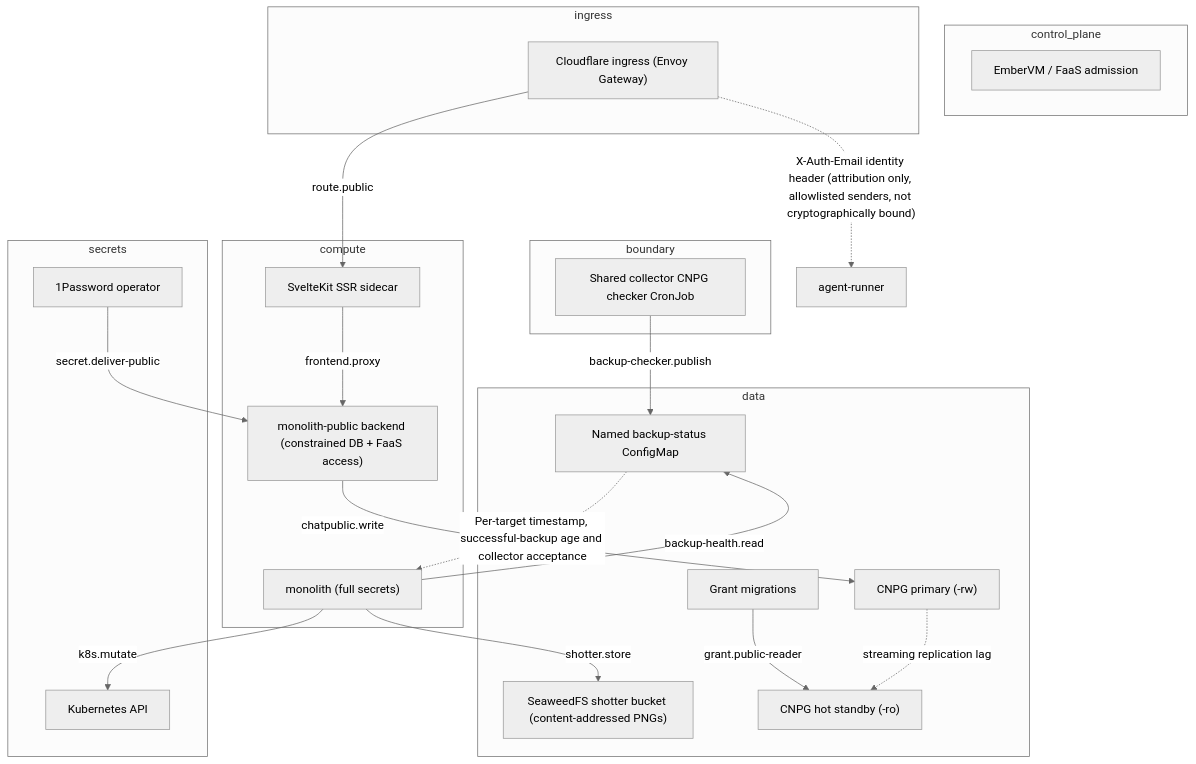
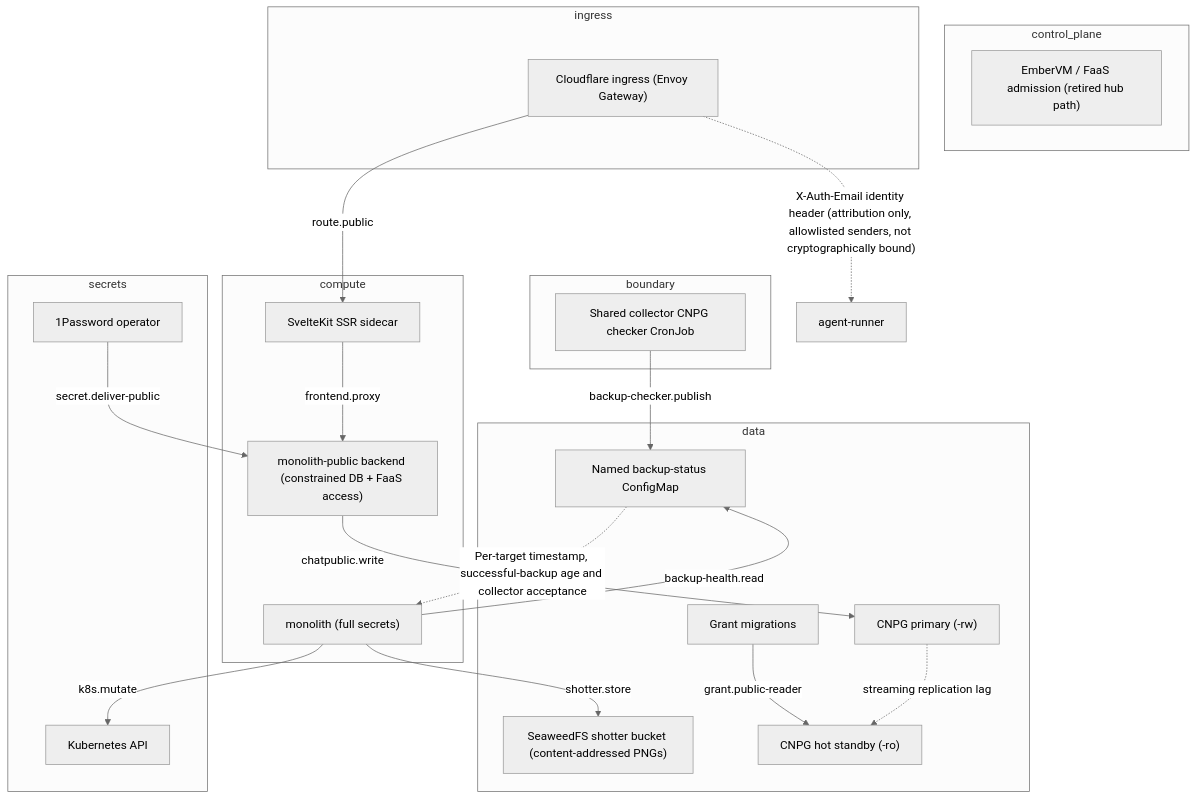
One commit to jomcgi-org/homelab changed the second of 2 diagrams in projects/monolith/STPA.md. Above: the diagram before and after it, drawn with Mermaid (neutral theme). The commit also changed other lines of this file and 5 other files, not shown here.

````diff
--- a/projects/monolith/STPA.md
+++ b/projects/monolith/STPA.md
@@ -170,40 +170,40 @@
 ```mermaid
 flowchart TD
   subgraph boundary["boundary"]
     backup-checker["Shared collector CNPG checker CronJob"]
   end
   subgraph compute["compute"]
     frontend-ssr["SvelteKit SSR sidecar"]
     private-binary["monolith (full secrets)"]
     public-binary["monolith-public backend (constrained DB + FaaS access)"]
   end
   subgraph control_plane["control_plane"]
-    embervm["EmberVM / FaaS admission"]
+    embervm["EmberVM / FaaS admission (retired hub path)"]
   end
   subgraph data["data"]
     backup-status["Named backup-status ConfigMap"]
     migrations["Grant migrations"]
     pg-primary["CNPG primary (-rw)"]
     pg-replica["CNPG hot standby (-ro)"]
     shotter-store["SeaweedFS shotter bucket (content-addressed PNGs)"]
   end
   subgraph ingress["ingress"]
     cf-ingress["Cloudflare ingress (Envoy Gateway)"]
   end
   subgraph secrets["secrets"]
     k8s-api["Kubernetes API"]
     onepassword["1Password operator"]
   end
   backup-checker -- "backup-checker.publish" --> backup-status
   private-binary -- "backup-health.read" --> backup-status
   public-binary -- "chatpublic.write" --> pg-primary
   frontend-ssr -- "frontend.proxy" --> public-binary
   migrations -- "grant.public-reader" --> pg-replica
   private-binary -- "k8s.mutate" --> k8s-api
   cf-ingress -- "route.public" --> frontend-ssr
   onepassword -- "secret.deliver-public" --> public-binary
   private-binary -- "shotter.store" --> shotter-store
   backup-status -. "Per-target timestamp, successful-backup age and collector acceptance" .-> private-binary
   cf-ingress -. "X-Auth-Email identity header (attribution only, allowlisted senders, not cryptographically bound)" .-> agent-runner
   pg-primary -. "streaming replication lag" .-> pg-replica
 ```
````
